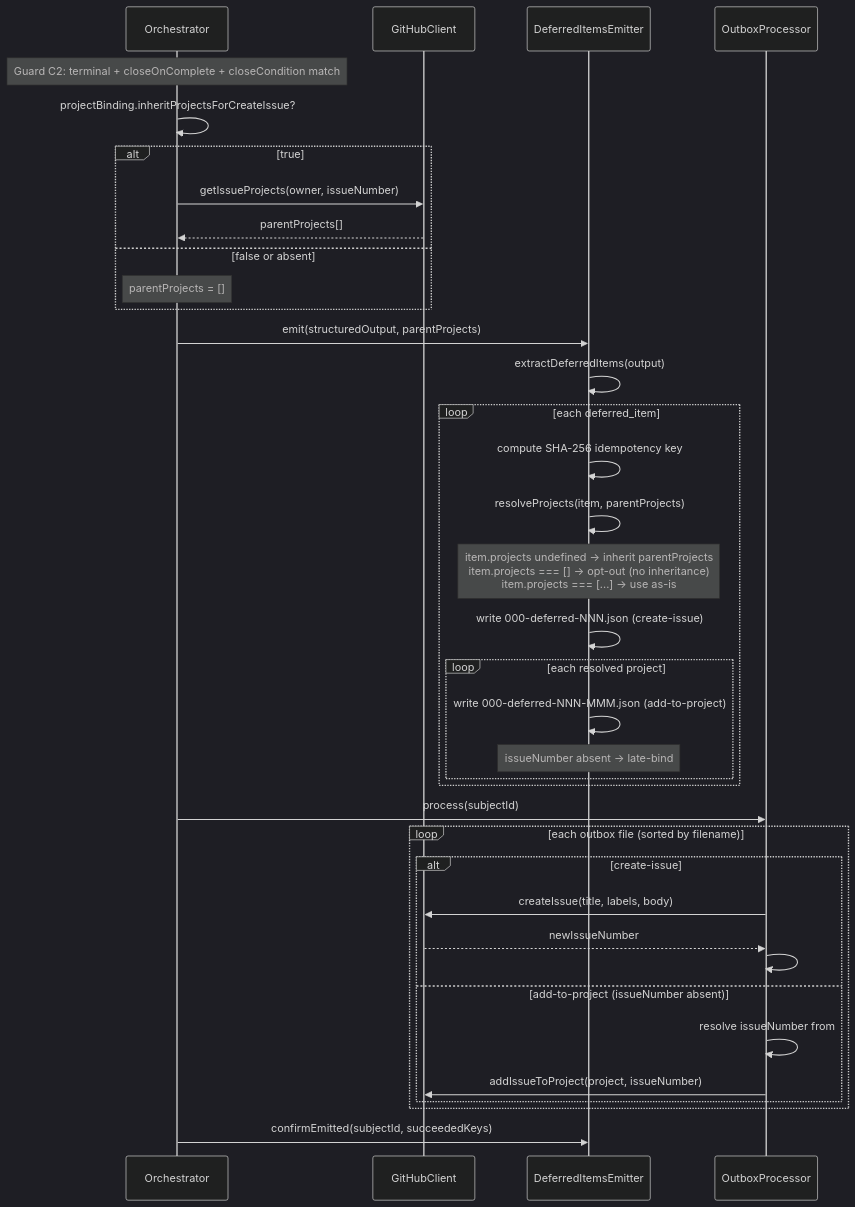
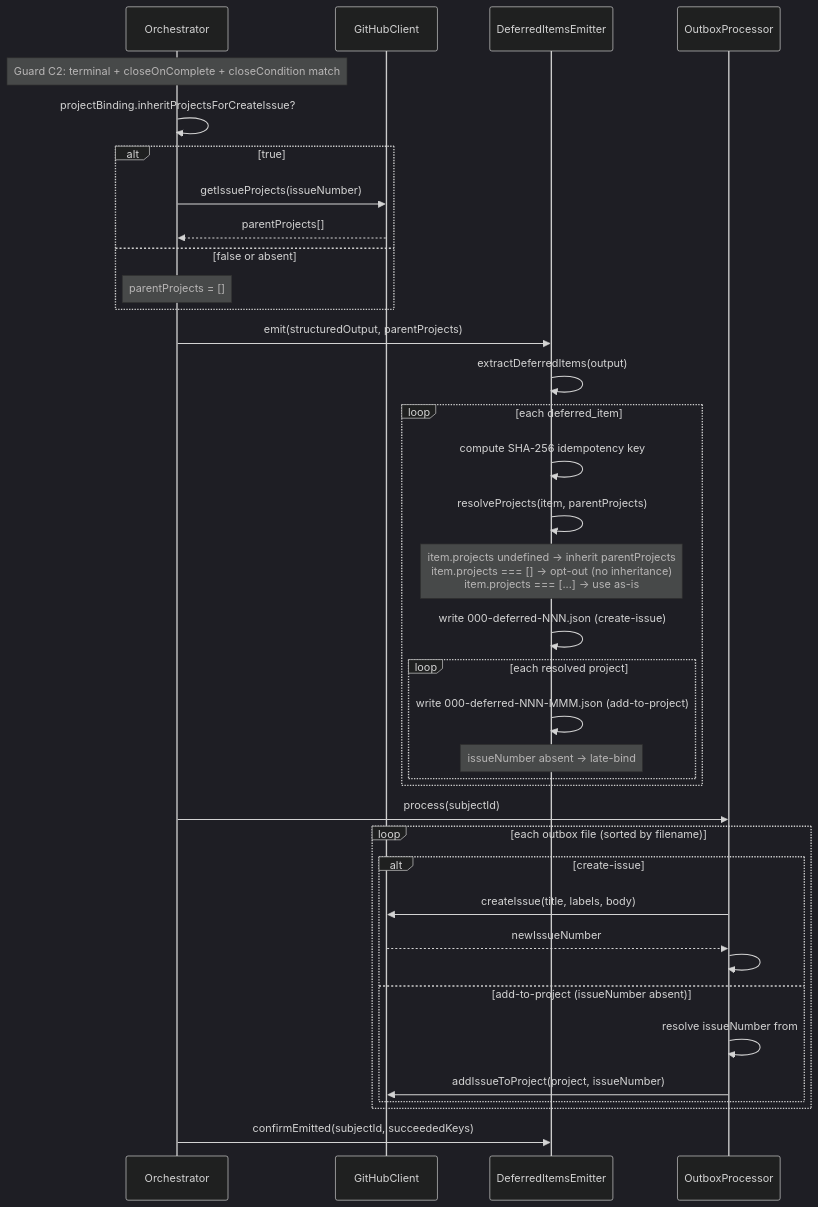
One commit to tettuan/climpt changed the third of 5 diagrams in agents/docs/design-legacy/13_project_orchestration_flow.md. Above: the diagram before and after it, drawn with Mermaid (dark theme). The commit also changed other lines of this file and 1 other file, not shown here.

````diff
--- a/agents/docs/design-legacy/13_project_orchestration_flow.md
+++ b/agents/docs/design-legacy/13_project_orchestration_flow.md
@@ -108,44 +114,44 @@
 ```mermaid
 sequenceDiagram
   participant Orch as Orchestrator
   participant GH as GitHubClient
   participant Emitter as DeferredItemsEmitter
   participant Outbox as OutboxProcessor
 
   Note over Orch: Guard C2: terminal + closeOnComplete + closeCondition match
   Orch->>Orch: projectBinding.inheritProjectsForCreateIssue?
   alt true
-    Orch->>GH: getIssueProjects(owner, issueNumber)
+    Orch->>GH: getIssueProjects(issueNumber)
     GH-->>Orch: parentProjects[]
   else false or absent
     Note over Orch: parentProjects = []
   end
 
   Orch->>Emitter: emit(structuredOutput, parentProjects)
   Emitter->>Emitter: extractDeferredItems(output)
 
   loop each deferred_item
     Emitter->>Emitter: compute SHA-256 idempotency key
     Emitter->>Emitter: resolveProjects(item, parentProjects)
     Note over Emitter: item.projects undefined → inherit parentProjects<br>item.projects === [] → opt-out (no inheritance)<br>item.projects === [...] → use as-is
     Emitter->>Emitter: write 000-deferred-NNN.json (create-issue)
     loop each resolved project
       Emitter->>Emitter: write 000-deferred-NNN-MMM.json (add-to-project)
       Note over Emitter: issueNumber absent → late-bind
     end
   end
 
   Orch->>Outbox: process(subjectId)
   loop each outbox file (sorted by filename)
     alt create-issue
       Outbox->>GH: createIssue(title, labels, body)
       GH-->>Outbox: newIssueNumber
       Outbox->>Outbox: #prevResultByFamily[NNN] = {issueNumber}
     else add-to-project (issueNumber absent)
       Outbox->>Outbox: resolve issueNumber from #prevResultByFamily[NNN]
       Outbox->>GH: addIssueToProject(project, issueNumber)
     end
   end
 
   Orch->>Emitter: confirmEmitted(subjectId, succeededKeys)
 ```
````
